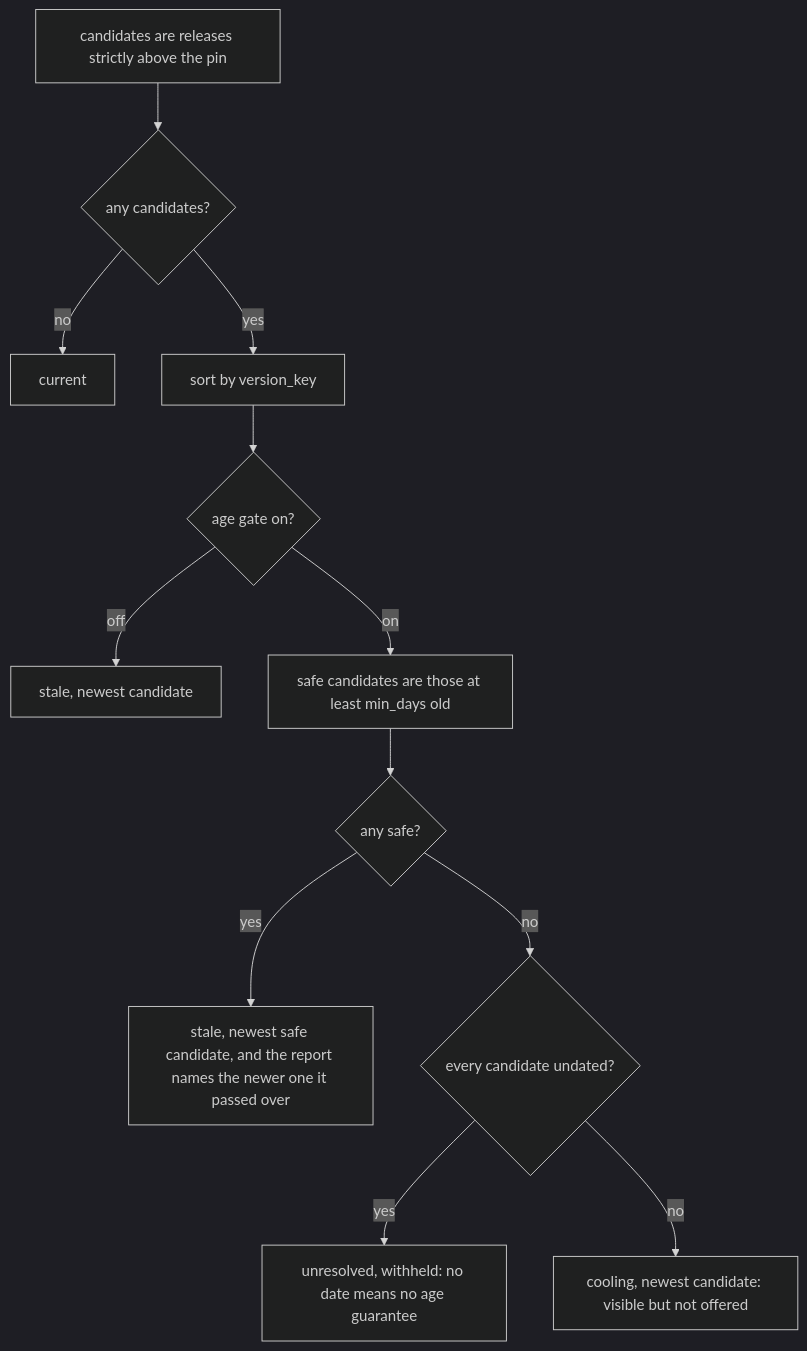
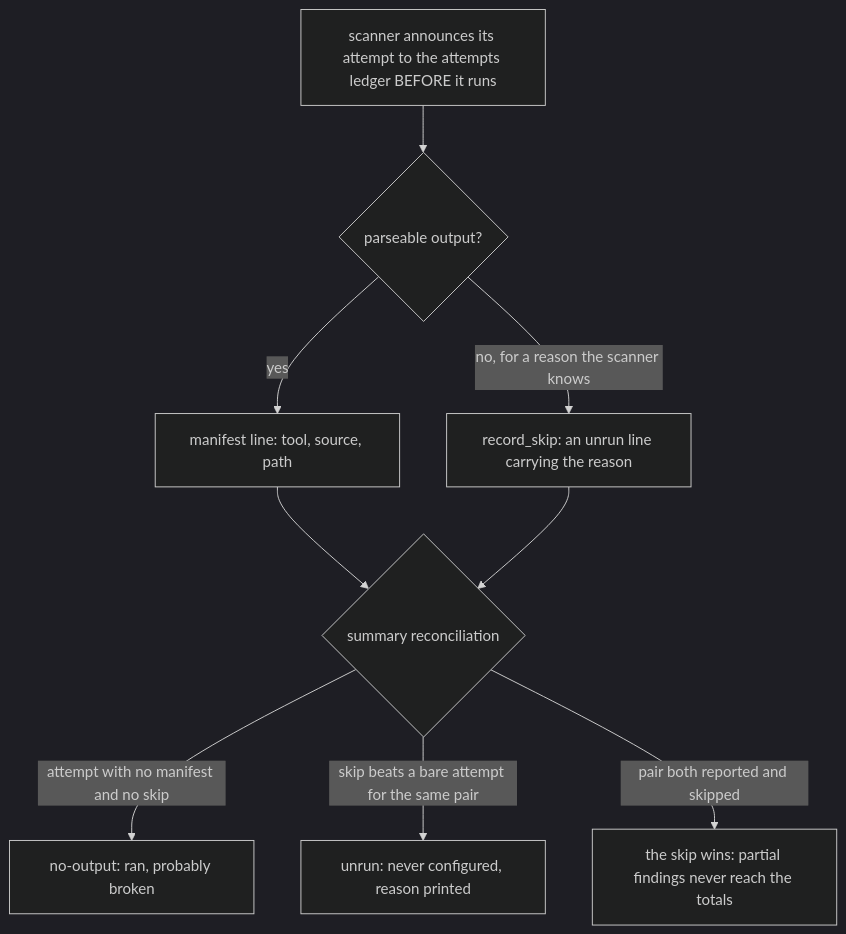
One commit to drmikecrowe/harnessed changed the second of 2 diagrams in openwiki/operations/supply-chain.md. Above: the diagram before and after it, drawn with Mermaid (dark theme). The commit also changed other lines of this file and 44 other files, not shown here.

````diff
--- a/openwiki/operations/supply-chain.md
+++ b/openwiki/operations/supply-chain.md
@@ -370,14 +220,11 @@
 ```mermaid
 flowchart TD
-    A["candidates are releases strictly above the pin"] --> Z{"any candidates?"}
-    Z -->|no| CUR["current"]
-    Z -->|yes| S["sort by version_key"]
-    S --> G{"age gate on?"}
-    G -->|off| STALE2["stale, newest candidate"]
-    G -->|on| M["safe candidates are those at least min_days old"]
-    M --> Y{"any safe?"}
-    Y -->|yes| OFFER["stale, newest safe candidate, and the report names the newer one it passed over"]
-    Y -->|no| D{"every candidate undated?"}
-    D -->|yes| UNRES["unresolved, withheld: no date means no age guarantee"]
-    D -->|no| COOL["cooling, newest candidate: visible but not offered"]
+    A["scanner announces its attempt to the attempts ledger BEFORE it runs"] --> R{"parseable output?"}
+    R -->|yes| M["manifest line: tool, source, path"]
+    R -->|no, for a reason the scanner knows| S["record_skip: an unrun line carrying the reason"]
+    M --> REC{"summary reconciliation"}
+    S --> REC
+    REC -->|"attempt with no manifest and no skip"| NO["no-output: ran, probably broken"]
+    REC -->|"skip beats a bare attempt for the same pair"| U["unrun: never configured, reason printed"]
+    REC -->|"pair both reported and skipped"| P["the skip wins: partial findings never reach the totals"]
 ```
````
